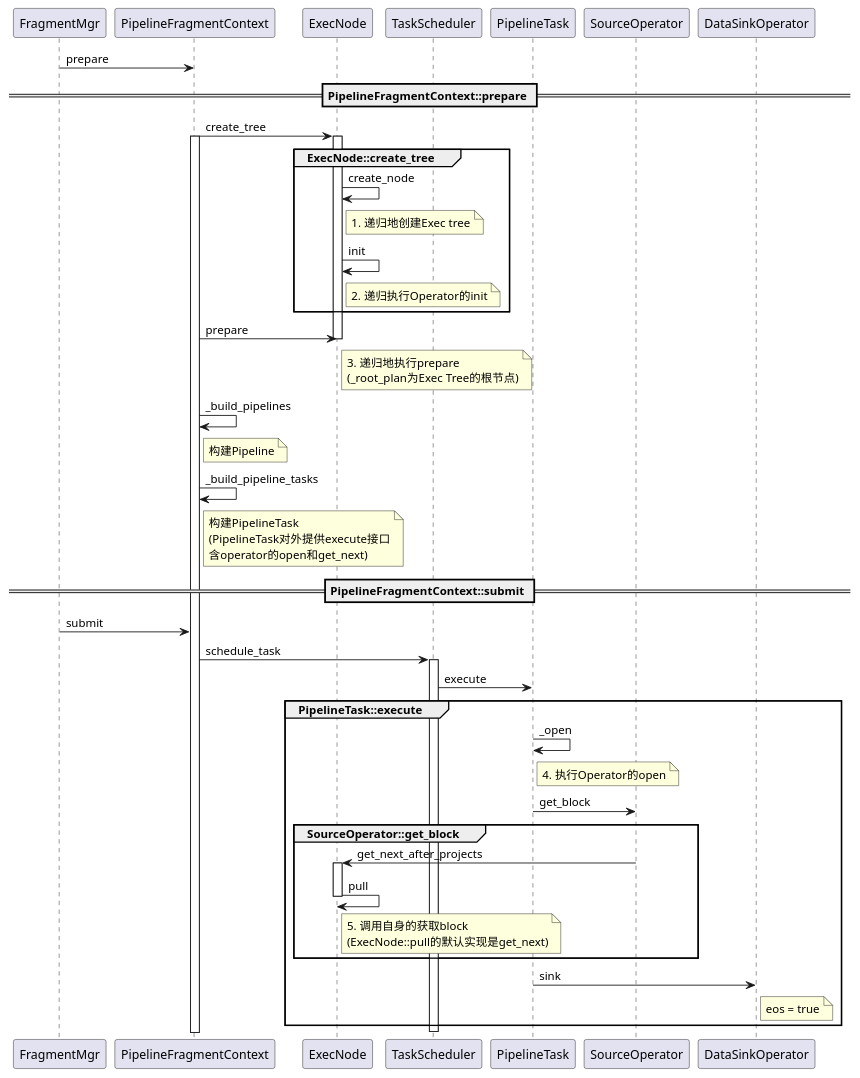
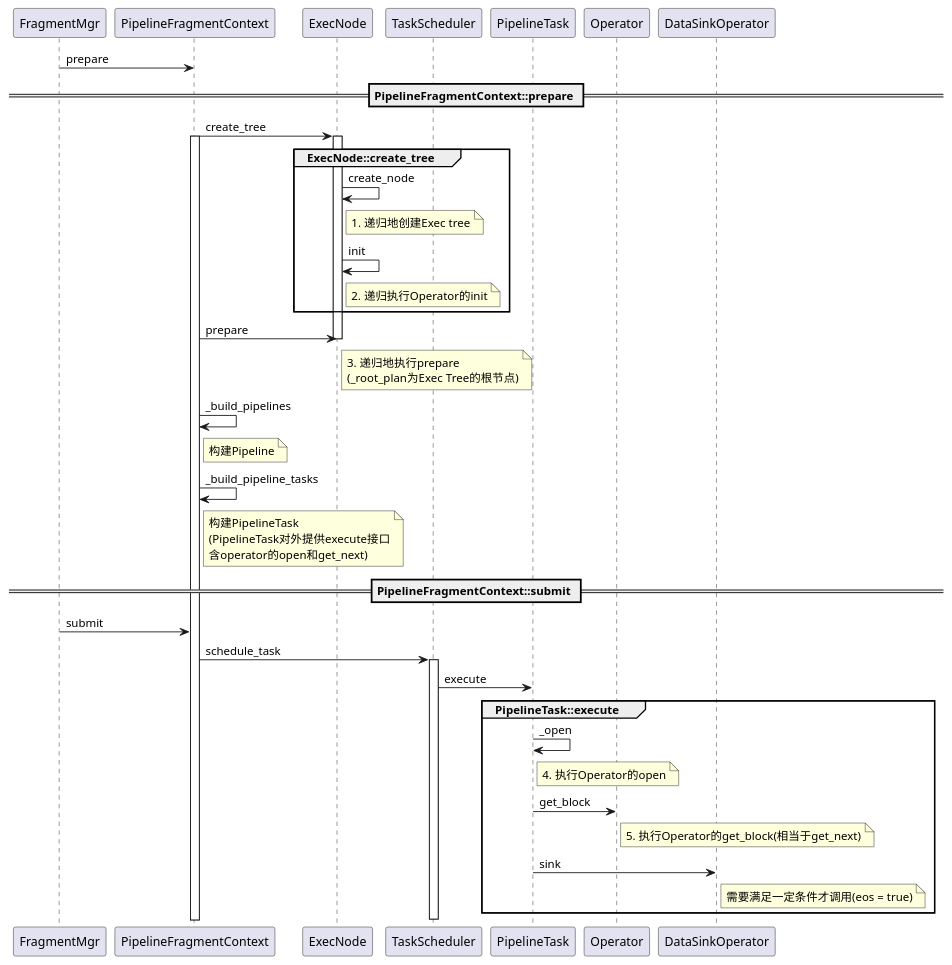
One commit to DepInjoy/geektime changed the sixth of 7 diagrams in doc/DB/Doris/SourceRead/11_01_Exec_Pipeline.md. Above: the diagram before and after it, drawn with PlantUML. The commit also changed other lines of this file, not shown here.

Commit message:
Doris pipeline operator uml

````diff
--- a/doc/DB/Doris/SourceRead/11_01_Exec_Pipeline.md
+++ b/doc/DB/Doris/SourceRead/11_01_Exec_Pipeline.md
@@ -528,47 +528,41 @@
 ```plantuml
 @startuml
 FragmentMgr -> PipelineFragmentContext:prepare
 == PipelineFragmentContext::prepare ==
 PipelineFragmentContext -> ExecNode:create_tree
 activate PipelineFragmentContext
 activate ExecNode
 group ExecNode::create_tree
     ExecNode -> ExecNode:create_node
     note right of ExecNode: 1. 递归地创建Exec tree
     ExecNode -> ExecNode:init
     note right of ExecNode: 2. 递归执行Operator的init
 end group
 
 PipelineFragmentContext -> ExecNode:prepare
 note right of ExecNode: 3. 递归地执行prepare\n(_root_plan为Exec Tree的根节点)
 deactivate ExecNode
 
 PipelineFragmentContext -> PipelineFragmentContext:_build_pipelines
 note right of PipelineFragmentContext: 构建Pipeline
 
 PipelineFragmentContext -> PipelineFragmentContext:_build_pipeline_tasks
 note right of PipelineFragmentContext: 构建PipelineTask\n(PipelineTask对外提供execute接口\n含operator的open和get_next)
 
 
 == PipelineFragmentContext::submit ==
 FragmentMgr -> PipelineFragmentContext:submit
 PipelineFragmentContext -> TaskScheduler:schedule_task
 activate TaskScheduler
 TaskScheduler -> PipelineTask:execute
 group PipelineTask::execute
     PipelineTask -> PipelineTask:_open
     note right of PipelineTask: 4. 执行Operator的open
-    PipelineTask -> SourceOperator:get_block
-    group SourceOperator::get_block
-        SourceOperator -> ExecNode:get_next_after_projects
-        activate ExecNode
-        ExecNode -> ExecNode:pull
-        note right of ExecNode : 5. 调用自身的获取block\n(ExecNode::pull的默认实现是get_next)
-        deactivate ExecNode        
-    end group
+    PipelineTask -> Operator:get_block
+    note right of Operator : 5. 执行Operator的get_block(相当于get_next)
     PipelineTask -> DataSinkOperator:sink
-    note right of DataSinkOperator: eos = true
+    note right of DataSinkOperator: 需要满足一定条件才调用(eos = true)
 end group
 deactivate TaskScheduler
 @enduml
 ```
````
